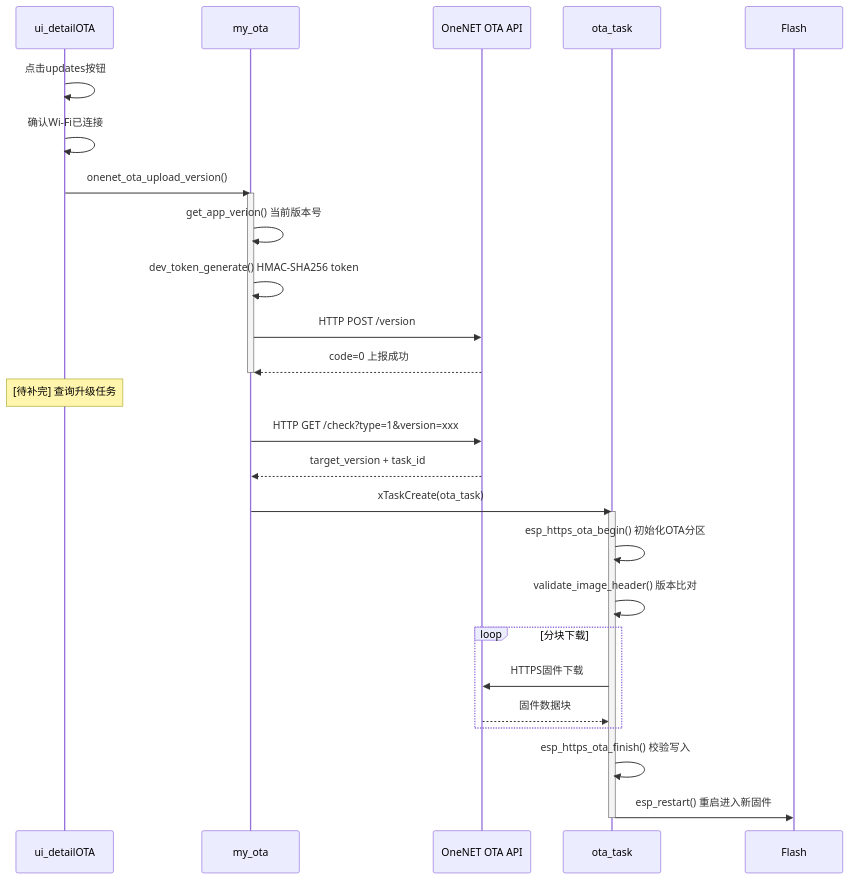
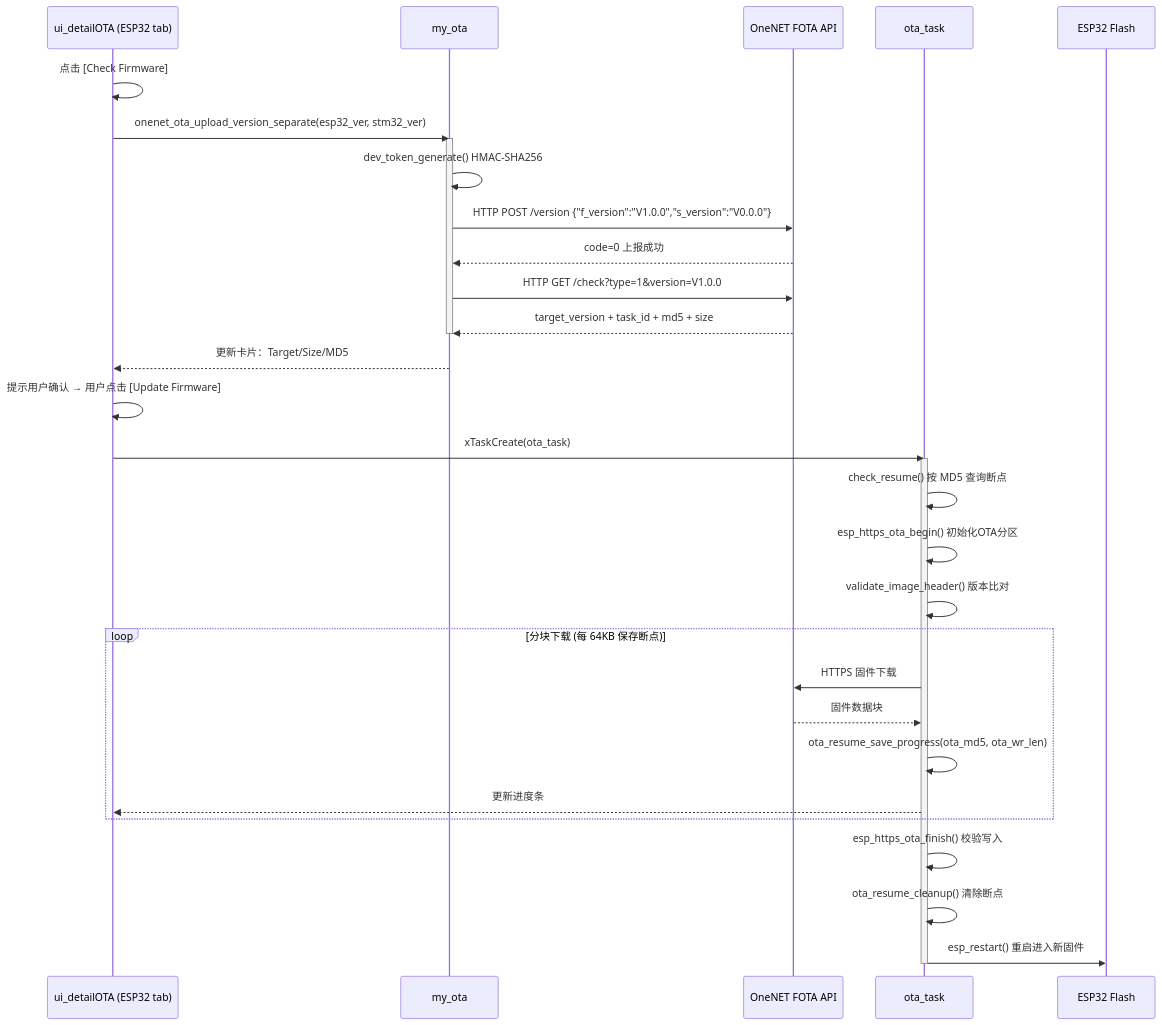
Before and after one commit to Li-HF2025/-enviroment_monitor_-_1_: the fifth of 6 diagrams in README.md, drawn with Mermaid. The commit also changed other lines of this file and 21 other files, not shown here.

````diff
--- a/README.md
+++ b/README.md
@@ -1187,34 +1278,37 @@
 ```mermaid
 sequenceDiagram
-    participant UI as ui_detailOTA
+    participant UI as ui_detailOTA (ESP32 tab)
     participant OTA as my_ota
-    participant SRV as OneNET OTA API
+    participant SRV as OneNET FOTA API
     participant TASK as ota_task
-    participant HW as Flash
+    participant HW as ESP32 Flash
 
-    UI->>UI: 点击updates按钮
-    UI->>UI: 确认Wi-Fi已连接
-    UI->>OTA: onenet_ota_upload_version()
+    UI->>UI: 点击 [Check Firmware]
+    UI->>OTA: onenet_ota_upload_version_separate(esp32_ver, stm32_ver)
     activate OTA
-    OTA->>OTA: get_app_verion() 当前版本号
-    OTA->>OTA: dev_token_generate() HMAC-SHA256 token
-    OTA->>SRV: HTTP POST /version
+    OTA->>OTA: dev_token_generate() HMAC-SHA256
+    OTA->>SRV: HTTP POST /version {"f_version":"V1.0.0","s_version":"V0.0.0"}
     SRV-->>OTA: code=0 上报成功
+
+    OTA->>SRV: HTTP GET /check?type=1&version=V1.0.0
+    SRV-->>OTA: target_version + task_id + md5 + size
     deactivate OTA
+    OTA-->>UI: 更新卡片：Target/Size/MD5
 
-    Note over UI: [待补完] 查询升级任务
-    OTA->>SRV: HTTP GET /check?type=1&version=xxx
-    SRV-->>OTA: target_version + task_id
-
-    OTA->>TASK: xTaskCreate(ota_task)
+    UI->>UI: 提示用户确认 → 用户点击 [Update Firmware]
+    UI->>TASK: xTaskCreate(ota_task)
     activate TASK
+    TASK->>TASK: check_resume() 按 MD5 查询断点
     TASK->>TASK: esp_https_ota_begin() 初始化OTA分区
     TASK->>TASK: validate_image_header() 版本比对
-    loop 分块下载
-        TASK->>SRV: HTTPS固件下载
+    loop 分块下载 (每 64KB 保存断点)
+        TASK->>SRV: HTTPS 固件下载
         SRV-->>TASK: 固件数据块
+        TASK->>TASK: ota_resume_save_progress(ota_md5, ota_wr_len)
+        TASK-->>UI: 更新进度条
     end
     TASK->>TASK: esp_https_ota_finish() 校验写入
+    TASK->>TASK: ota_resume_cleanup() 清除断点
     TASK->>HW: esp_restart() 重启进入新固件
     deactivate TASK
 ```
````
